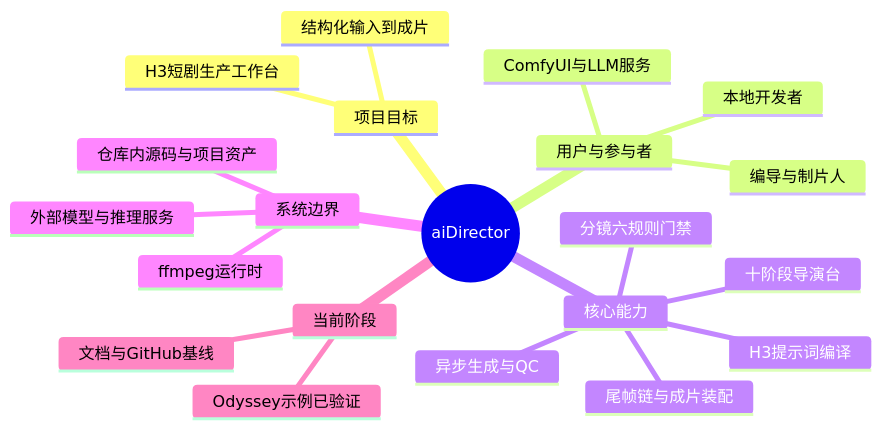
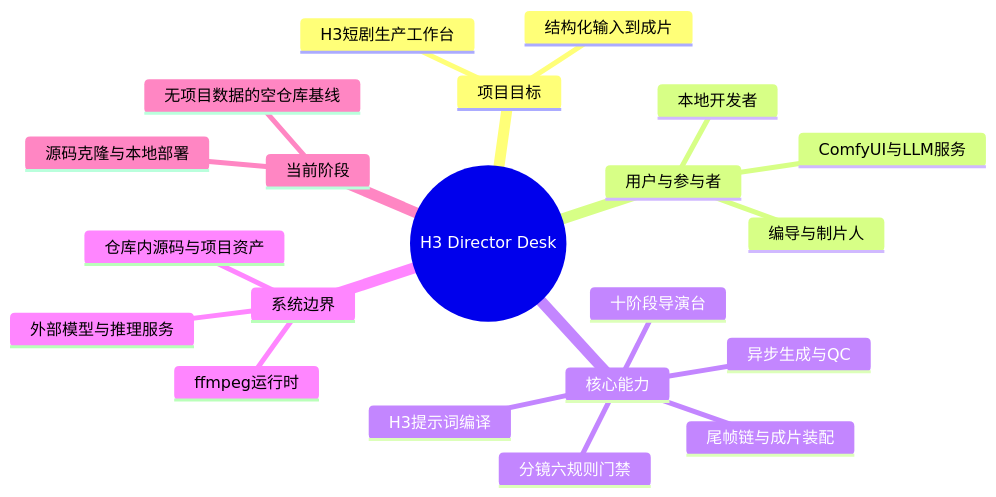
Before and after one commit to Exalex/h3-director-desk: the diagram in docs/project-evolution/mindmaps/project-overview.md, drawn with Mermaid. The commit also changed 10 other files, not shown here.

````diff
--- a/docs/project-evolution/mindmaps/project-overview.md
+++ b/docs/project-evolution/mindmaps/project-overview.md
@@ -3,24 +3,24 @@
 ```mermaid
 mindmap
-  root((aiDirector))
+  root((H3 Director Desk))
     项目目标
       H3短剧生产工作台
       结构化输入到成片
     用户与参与者
       编导与制片人
       本地开发者
       ComfyUI与LLM服务
     核心能力
       十阶段导演台
       分镜六规则门禁
       H3提示词编译
       异步生成与QC
       尾帧链与成片装配
     系统边界
       仓库内源码与项目资产
       外部模型与推理服务
       ffmpeg运行时
     当前阶段
-      文档与GitHub基线
-      Odyssey示例已验证
+      源码克隆与本地部署
+      无项目数据的空仓库基线
 ```
````
